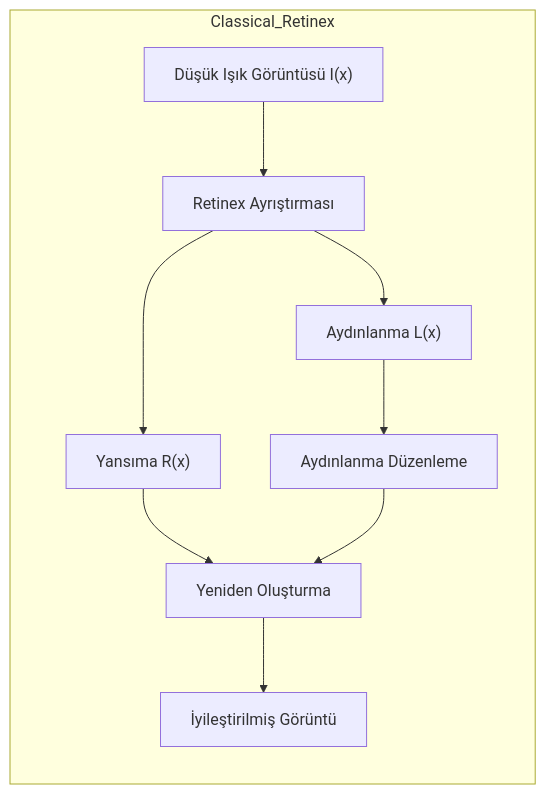
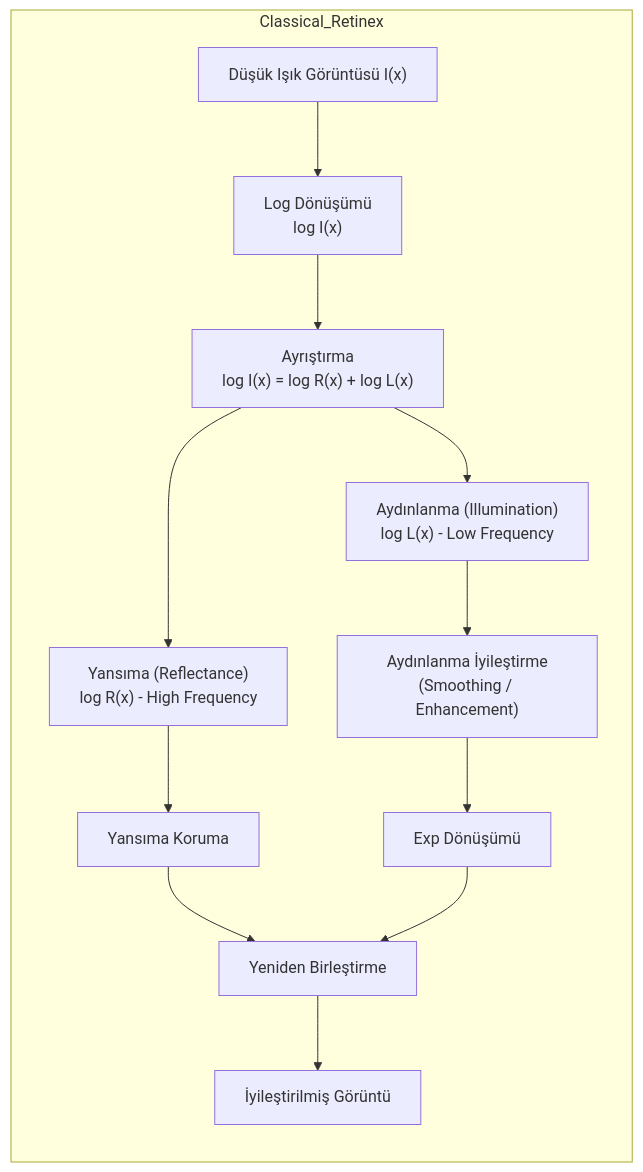
The second of 6 diagrams in README_TR.md (muratdelen/TAPETUM), drawn with Mermaid before and after one commit. The commit also changed other lines of this file, not shown here.

````diff
--- a/README_TR.md
+++ b/README_TR.md
@@ -98,14 +98,32 @@
 ```mermaid
 flowchart LR
+subgraph Classical_Retinex
 
-subgraph Classical_Retinex
 A["Düşük Işık Görüntüsü I(x)"]
-A --> B["Retinex Ayrıştırması"]
-B --> C["Yansıma R(x)"]
-B --> D["Aydınlanma L(x)"]
-D --> E["Aydınlanma Düzenleme"]
-C --> F["Yeniden Oluşturma"]
-E --> F
-F --> G["İyileştirilmiş Görüntü"]
+
+A --> B["Log Dönüşümü
+log I(x)"]
+
+B --> C["Ayrıştırma
+log I(x) = log R(x) + log L(x)"]
+
+C --> D["Yansıma (Reflectance)
+log R(x) - High Frequency"]
+
+C --> E["Aydınlanma (Illumination)
+log L(x) - Low Frequency"]
+
+E --> F["Aydınlanma İyileştirme
+(Smoothing / Enhancement)"]
+
+D --> G["Yansıma Koruma"]
+
+F --> H["Exp Dönüşümü"]
+
+G --> I["Yeniden Birleştirme"]
+H --> I
+
+I --> J["İyileştirilmiş Görüntü"]
+
 end
 ```
````
